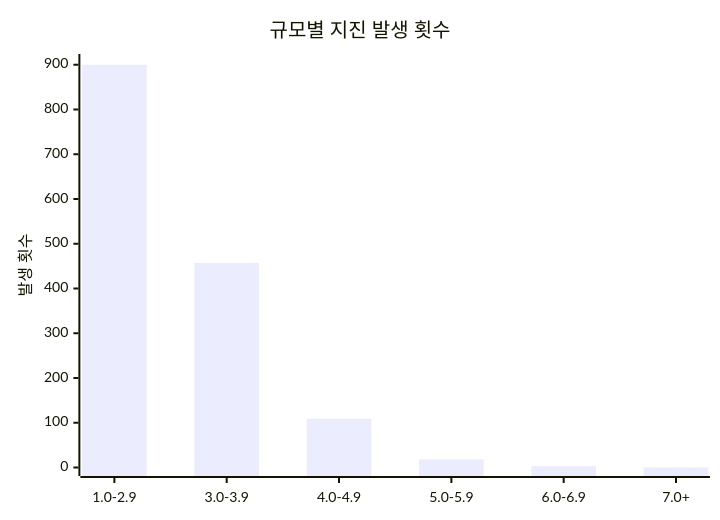
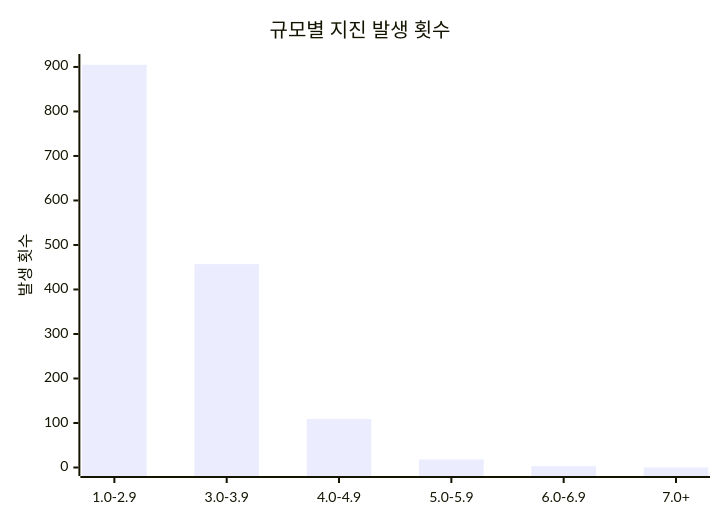
One commit to serendip811/japan-eq changed the diagram in charts/magnitude-chart.md. Above: the diagram before and after it, drawn with Mermaid. The commit also changed other lines of this file and 5 other files, not shown here.

Commit message:
Update earthquake data and charts Sun Jul  6 13:10:27 UTC 2025

````diff
--- a/charts/magnitude-chart.md
+++ b/charts/magnitude-chart.md
@@ -3,7 +3,7 @@
 ```mermaid
 xychart-beta
     title "규모별 지진 발생 횟수"
     x-axis [1.0-2.9, 3.0-3.9, 4.0-4.9, 5.0-5.9, 6.0-6.9, 7.0+]
-    y-axis "발생 횟수" 0 --> 905
-    bar [900, 457, 109, 18, 3, 0]
+    y-axis "발생 횟수" 0 --> 910
+    bar [905, 457, 109, 18, 3, 0]
 ```
````
